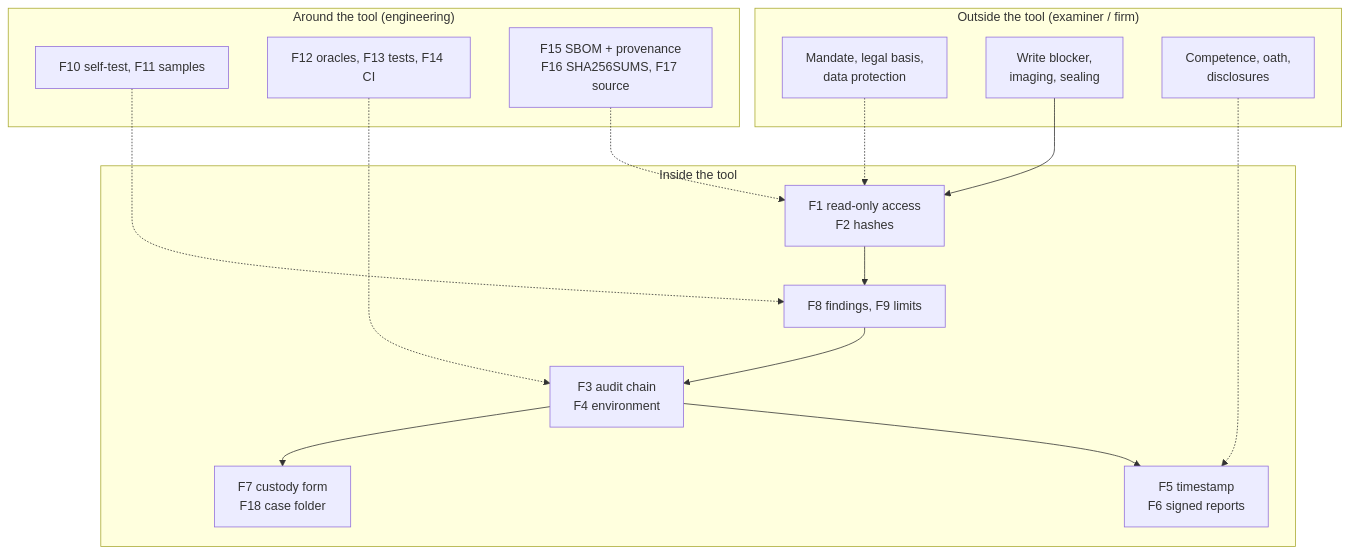
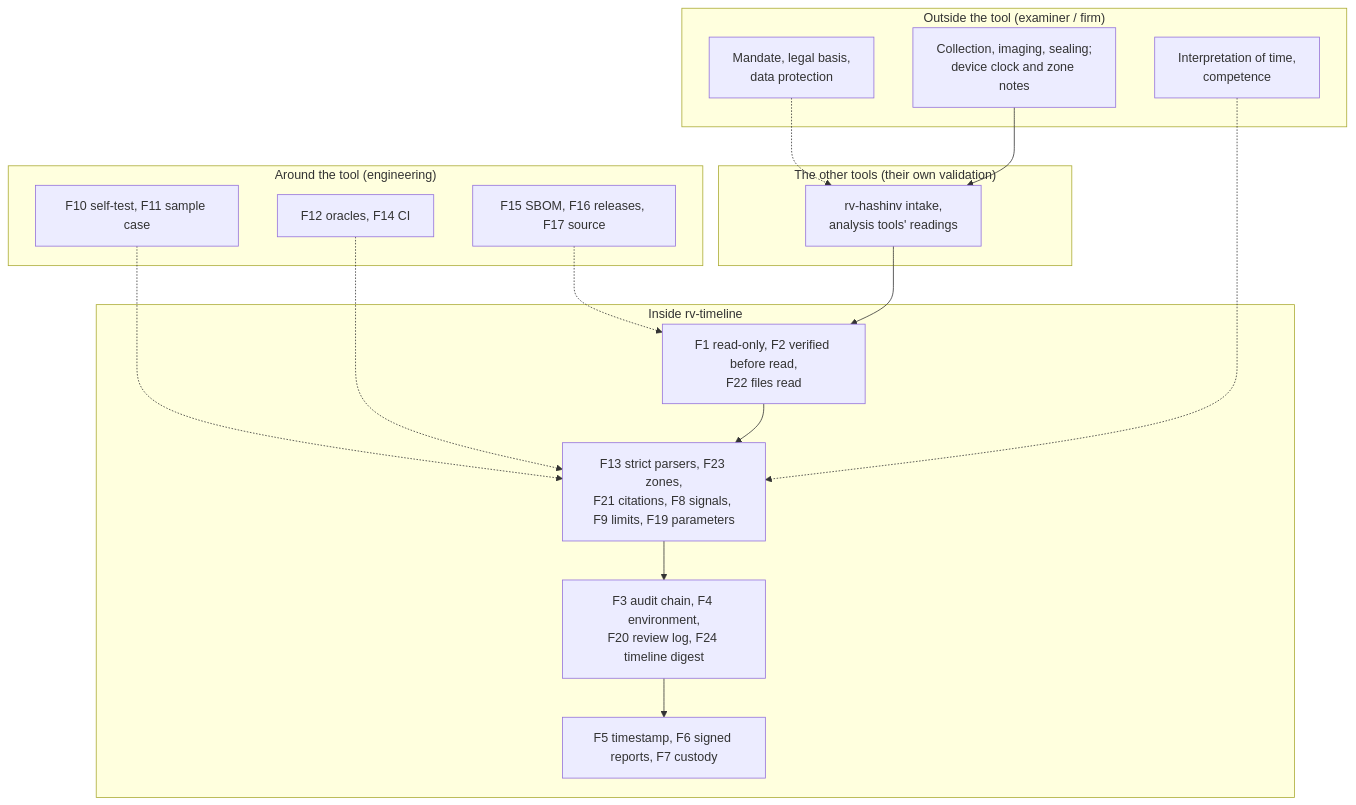
Before and after one commit to Panacota96/rv-timeline: the second of 3 diagrams in docs/admissibility.md, drawn with Mermaid. The commit also changed other lines of this file and 984 other files, not shown here.

First line of the commit message:
feat: RV Timeline v0.1 — cited case timeline from the Rakvor tools' outputs (#3)

````diff
--- a/docs/admissibility.md
+++ b/docs/admissibility.md
@@ -104,27 +97,28 @@
 ```mermaid
 flowchart TB
     subgraph Outside["Outside the tool (examiner / firm)"]
         X1["Mandate, legal basis,<br/>data protection"]
-        X2["Write blocker,<br/>imaging, sealing"]
-        X3["Competence, oath,<br/>disclosures"]
+        X2["Collection, imaging, sealing;<br/>device clock and zone notes"]
+        X3["Interpretation of time,<br/>competence"]
     end
-    subgraph Tool["Inside the tool"]
-        T1["F1 read-only access<br/>F2 hashes"]
-        T2["F8 findings, F9 limits"]
-        T3["F3 audit chain<br/>F4 environment"]
-        T4["F5 timestamp<br/>F6 signed reports"]
-        T5["F7 custody form<br/>F18 case folder"]
+    subgraph Sources["The other tools (their own validation)"]
+        S1["rv-hashinv intake,<br/>analysis tools' readings"]
+    end
+    subgraph Tool["Inside rv-timeline"]
+        T1["F1 read-only, F2 verified before read,<br/>F22 files read"]
+        T2["F13 strict parsers, F23 zones,<br/>F21 citations, F8 signals, F9 limits, F19 parameters"]
+        T3["F3 audit chain, F4 environment,<br/>F20 review log, F24 timeline digest"]
+        T4["F5 timestamp, F6 signed reports, F7 custody"]
     end
     subgraph Release["Around the tool (engineering)"]
-        R1["F10 self-test, F11 samples"]
-        R2["F12 oracles, F13 tests, F14 CI"]
-        R3["F15 SBOM + provenance<br/>F16 SHA256SUMS, F17 source"]
+        R1["F10 self-test, F11 sample case"]
+        R2["F12 oracles, F14 CI"]
+        R3["F15 SBOM, F16 releases, F17 source"]
     end
-    X2 --> T1 --> T2 --> T3 --> T4
-    T3 --> T5
+    X2 --> S1 --> T1 --> T2 --> T3 --> T4
+    X3 -.-> T2
     R1 -.-> T2
-    R2 -.-> T3
+    R2 -.-> T2
     R3 -.-> T1
-    X1 -.-> T1
-    X3 -.-> T4
+    X1 -.-> S1
 ```
````
